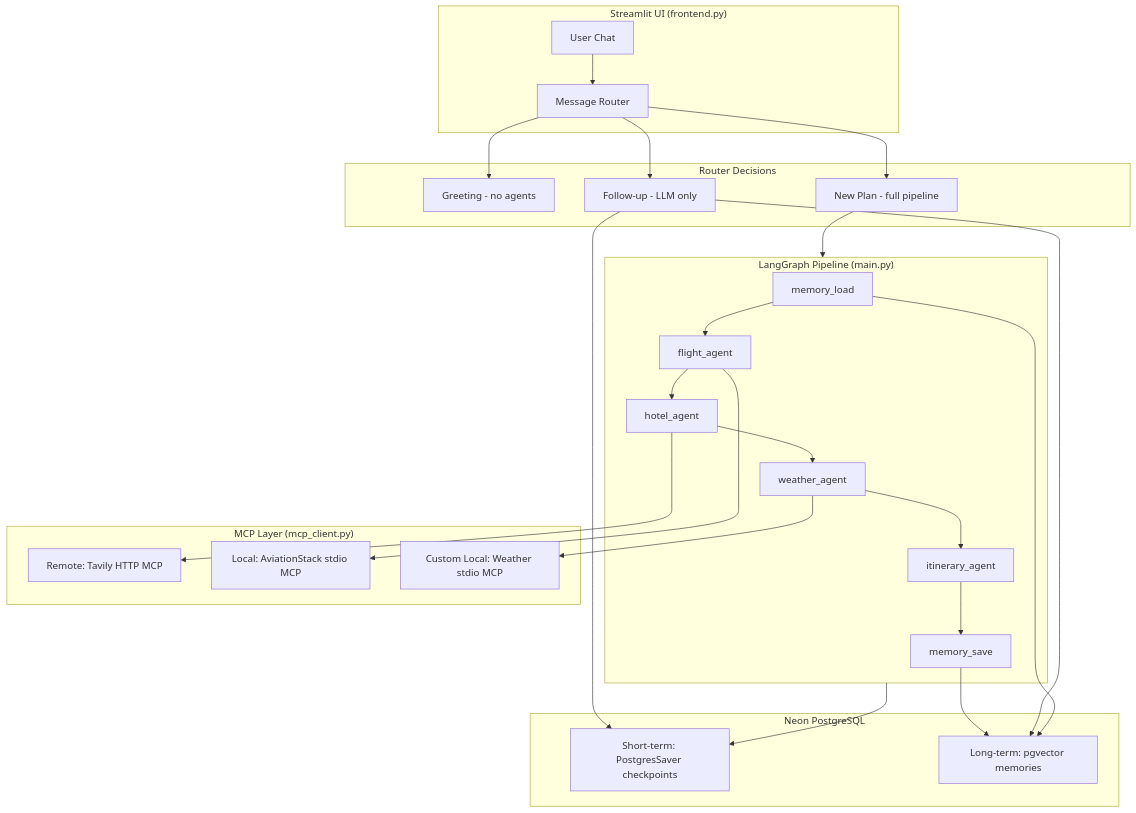
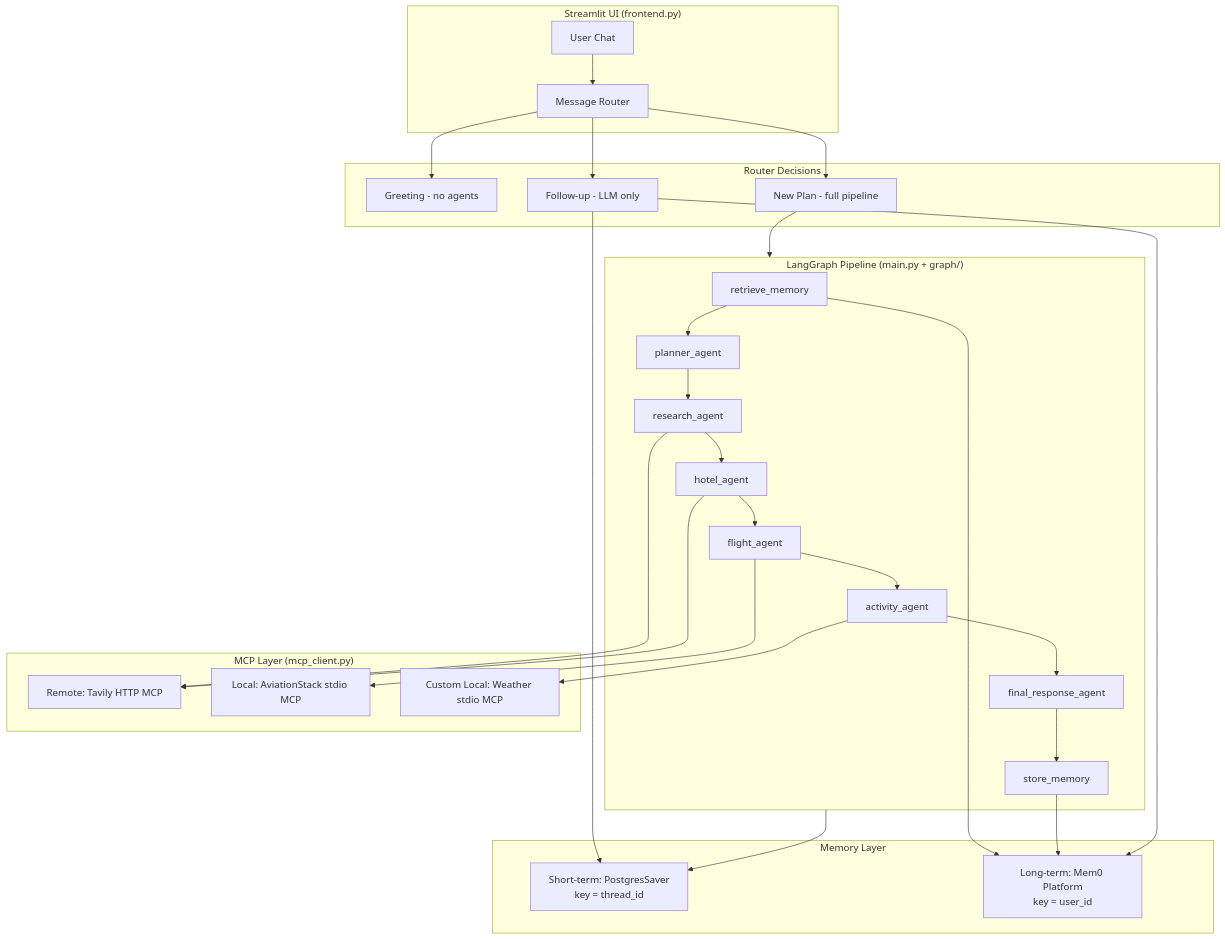
The first of 4 diagrams in README.md (maniranjan2023/Northline), drawn with Mermaid before and after one commit. The commit also changed other lines of this file and 77 other files, not shown here.

First line of the commit message:
feat: Voyager AI — Mem0 memory, LangSmith observability, NeMo guardrails, DeepEval evals

````diff
--- a/README.md
+++ b/README.md
@@ -42,51 +46,54 @@
 ```mermaid
 flowchart TB
     subgraph UI["Streamlit UI (frontend.py)"]
         User[User Chat]
         Router[Message Router]
         User --> Router
     end
 
     subgraph RouterOut["Router Decisions"]
         Greeting[Greeting - no agents]
         FollowUp[Follow-up - LLM only]
         NewPlan[New Plan - full pipeline]
     end
 
     Router --> Greeting
     Router --> FollowUp
     Router --> NewPlan
 
-    subgraph Graph["LangGraph Pipeline (main.py)"]
-        ML[memory_load]
+    subgraph Graph["LangGraph Pipeline (main.py + graph/)"]
+        RM[retrieve_memory]
+        PA[planner_agent]
+        RA[research_agent]
+        HA[hotel_agent]
         FA[flight_agent]
-        HA[hotel_agent]
-        WA[weather_agent]
-        IA[itinerary_agent]
-        MS[memory_save]
-        ML --> FA --> HA --> WA --> IA --> MS
+        AA[activity_agent]
+        FR[final_response_agent]
+        SM[store_memory]
+        RM --> PA --> RA --> HA --> FA --> AA --> FR --> SM
     end
 
     NewPlan --> Graph
 
     subgraph MCP["MCP Layer (mcp_client.py)"]
         Tavily[Remote: Tavily HTTP MCP]
         Aviation[Local: AviationStack stdio MCP]
         Weather[Custom Local: Weather stdio MCP]
     end
 
+    RA --> Tavily
+    HA --> Tavily
     FA --> Aviation
-    HA --> Tavily
-    WA --> Weather
+    AA --> Weather
 
-    subgraph DB["Neon PostgreSQL"]
-        ST[Short-term: PostgresSaver checkpoints]
-        LT[Long-term: pgvector memories]
+    subgraph Memory["Memory Layer"]
+        ST[Short-term: PostgresSaver<br/>key = thread_id]
+        LT[Long-term: Mem0 Platform<br/>key = user_id]
     end
 
+    RM --> LT
+    SM --> LT
     Graph --> ST
-    MS --> LT
+    FollowUp --> ST
     FollowUp --> LT
-    FollowUp --> ST
-    ML --> LT
 ```
````
